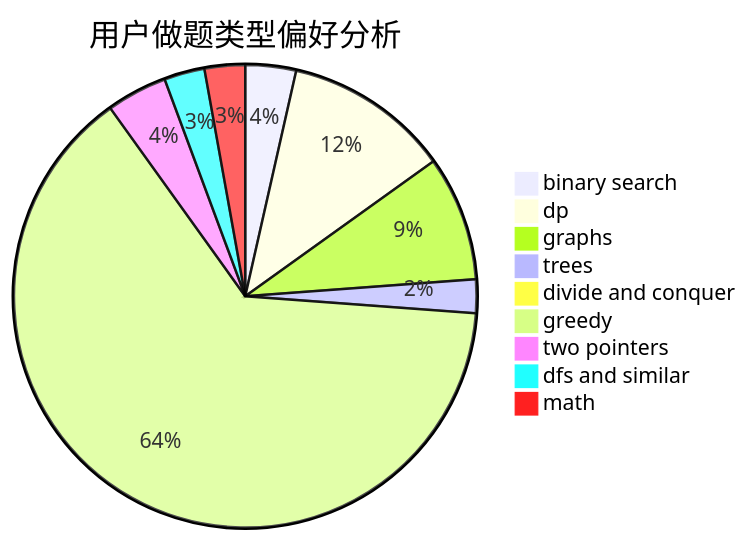
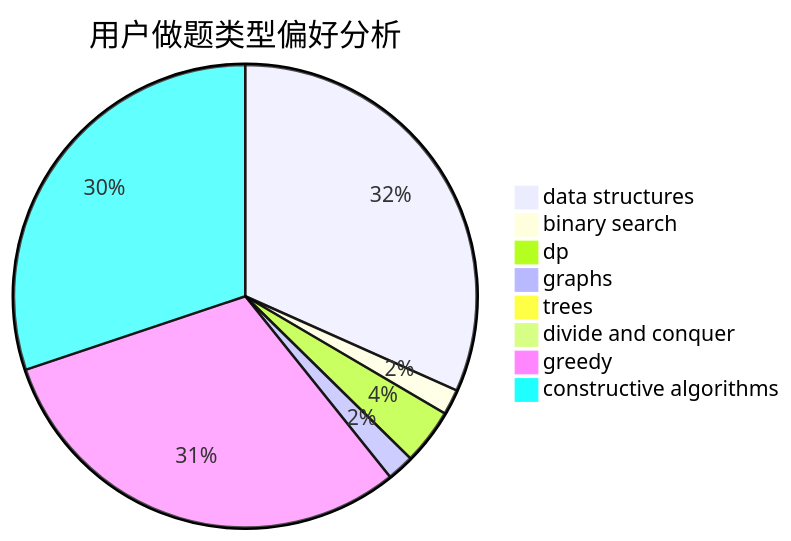
Before and after one commit to sherpahu/cfrs.github.io: the second of 3 diagrams in docs/user/u671.md, drawn with Mermaid. The commit also changed other lines of this file and 2775 other files, not shown here.

````diff
--- a/docs/user/u671.md
+++ b/docs/user/u671.md
@@ -23,12 +23,11 @@
 ```mermaid
 pie title 用户做题类型偏好分析
+    "data structures" :  268
     "binary search" :  15
-    "dp" :  49
-    "graphs" :  37
-    "trees" :  10
+    "dp" :  33
+    "graphs" :  16
+    "trees" :  0
     "divide and conquer" :  0
-    "greedy" :  271
-    "two pointers" :  18
-    "dfs and similar" :  12
-    "math" :  12
+    "greedy" :  259
+    "constructive algorithms" :  255
 ```
````
